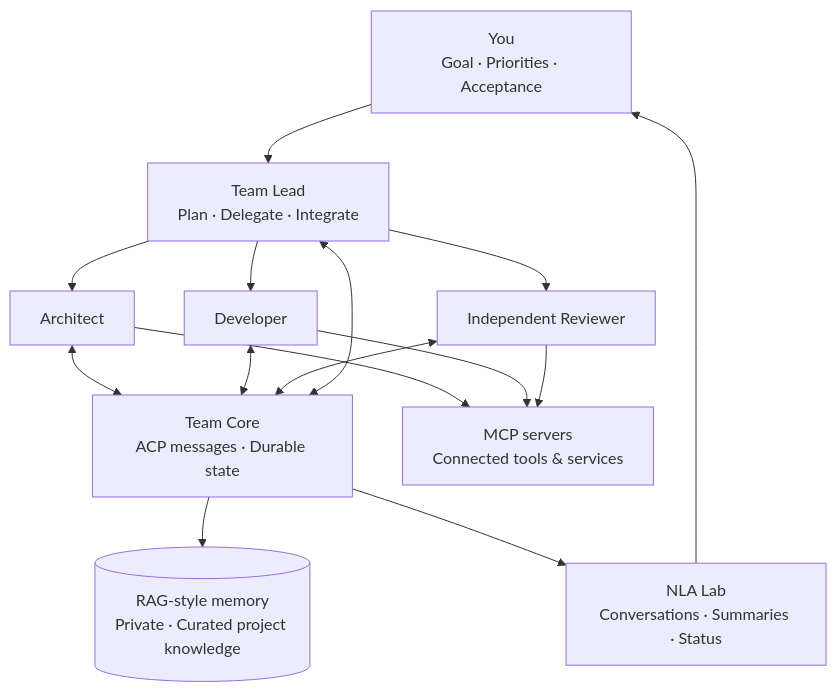
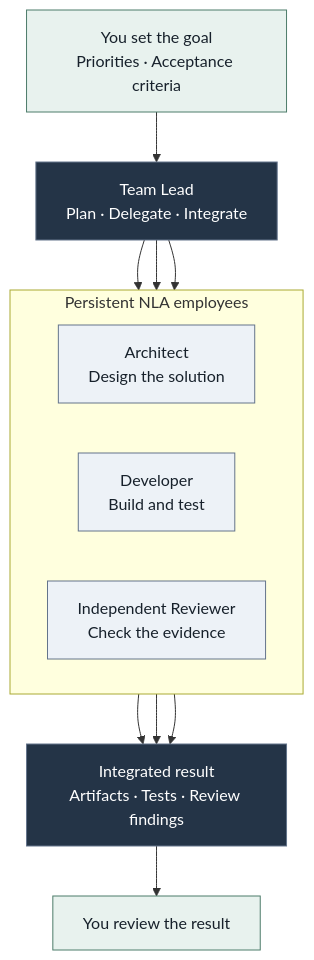
Before and after one commit to pickleshell/nla-team: the first of 5 diagrams in README.md, drawn with Mermaid. The commit also changed other lines of this file, not shown here.

Commit message:
docs: clarify team workflow and separate shared infrastructure

````diff
--- a/README.md
+++ b/README.md
@@ -19,17 +19,26 @@
 ```mermaid
 flowchart TB
-    Owner["You<br/>Goal · Priorities · Acceptance"] --> Lead["Team Lead<br/>Plan · Delegate · Integrate"]
-    Lead --> Architect["Architect"]
-    Lead --> Developer["Developer"]
-    Lead --> Reviewer["Independent Reviewer"]
-    Architect <--> Core["Team Core<br/>ACP messages · Durable state"]
-    Developer <--> Core
-    Reviewer <--> Core
-    Lead <--> Core
-    Core --> Memory[("RAG-style memory<br/>Private · Curated project knowledge")]
-    Core --> Lab["NLA Lab<br/>Conversations · Summaries · Status"]
-    Architect --> MCP["MCP servers<br/>Connected tools & services"]
-    Developer --> MCP
-    Reviewer --> MCP
-    Lab --> Owner
+    Goal["You set the goal<br/>Priorities · Acceptance criteria"]
+    Lead["Team Lead<br/>Plan · Delegate · Integrate"]
+    Goal --> Lead
+    subgraph Specialists["Persistent NLA employees"]
+        direction LR
+        Architect["Architect<br/>Design the solution"]
+        Developer["Developer<br/>Build and test"]
+        Reviewer["Independent Reviewer<br/>Check the evidence"]
+    end
+    Lead --> Architect
+    Lead --> Developer
+    Lead --> Reviewer
+    Architect --> Result["Integrated result<br/>Artifacts · Tests · Review findings"]
+    Developer --> Result
+    Reviewer --> Result
+    Result --> Acceptance["You review the result"]
+
+    classDef human fill:#e8f2ee,stroke:#4d7c6a,color:#17212b
+    classDef coordination fill:#243447,stroke:#64748b,color:#ffffff
+    classDef employee fill:#edf2f7,stroke:#64748b,color:#17212b
+    class Goal,Acceptance human
+    class Lead,Result coordination
+    class Architect,Developer,Reviewer employee
 ```
````
